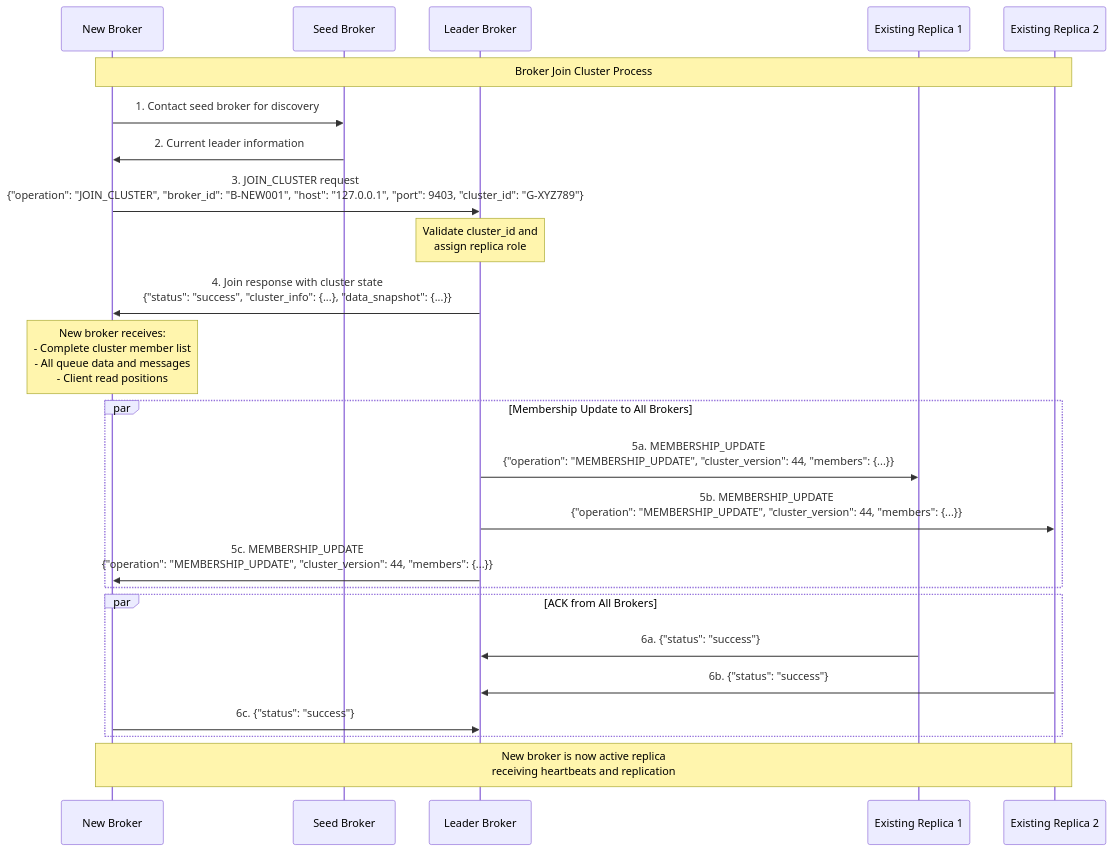
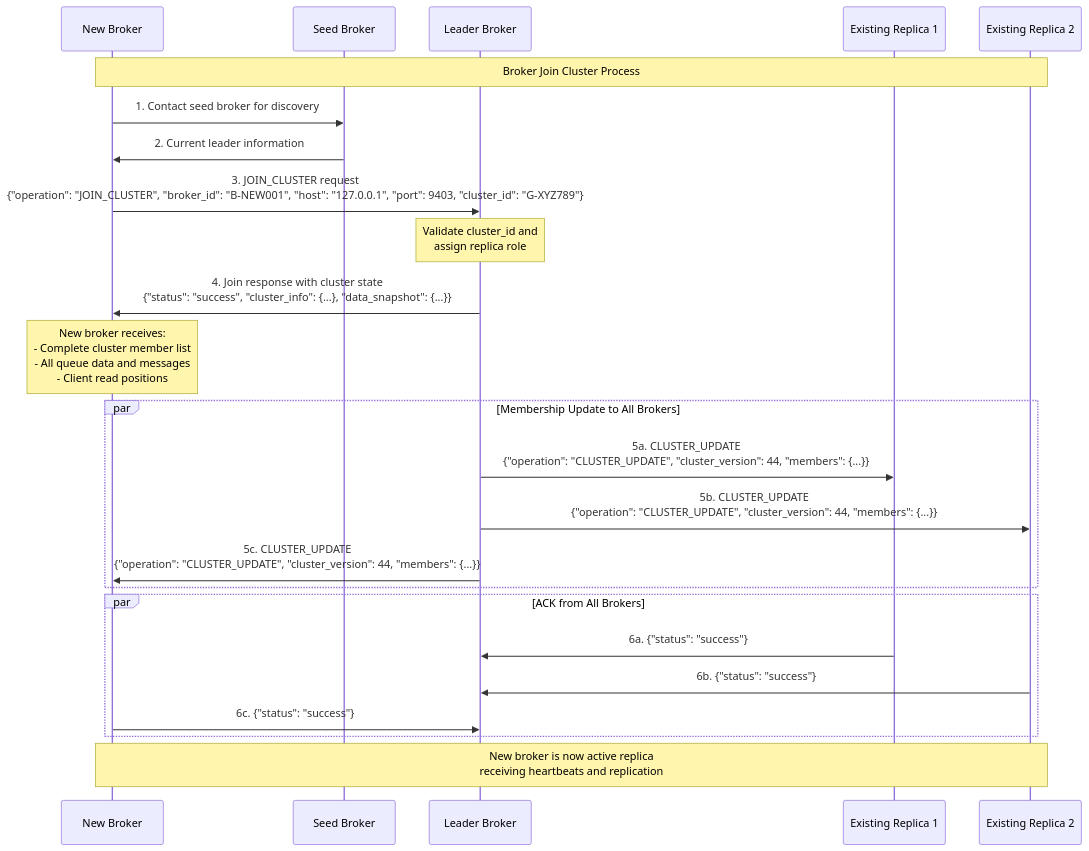
Before and after one commit to enricogrillo/Reliable-Queuing-System: the fourth of 7 diagrams in docs/SEQUENCE_DIAGRAMS.md, drawn with Mermaid. The commit also changed other lines of this file, not shown here.

Commit message:
Fix sequence diag

````diff
--- a/docs/SEQUENCE_DIAGRAMS.md
+++ b/docs/SEQUENCE_DIAGRAMS.md
@@ -142,35 +142,35 @@
 ```mermaid
 sequenceDiagram
     participant NewBroker as New Broker
     participant SeedBroker as Seed Broker
     participant Leader as Leader Broker
     participant Replica1 as Existing Replica 1
     participant Replica2 as Existing Replica 2
 
     Note over NewBroker, Replica2: Broker Join Cluster Process
 
     NewBroker->>SeedBroker: 1. Contact seed broker for discovery
     SeedBroker->>NewBroker: 2. Current leader information
     
     NewBroker->>Leader: 3. JOIN_CLUSTER request<br/>{"operation": "JOIN_CLUSTER", "broker_id": "B-NEW001", "host": "127.0.0.1", "port": 9403, "cluster_id": "G-XYZ789"}
     
     Note over Leader: Validate cluster_id and<br/>assign replica role
     
     Leader->>NewBroker: 4. Join response with cluster state<br/>{"status": "success", "cluster_info": {...}, "data_snapshot": {...}}
     
     Note over NewBroker: New broker receives:<br/>- Complete cluster member list<br/>- All queue data and messages<br/>- Client read positions
     
     par Membership Update to All Brokers
-        Leader->>Replica1: 5a. MEMBERSHIP_UPDATE<br/>{"operation": "MEMBERSHIP_UPDATE", "cluster_version": 44, "members": {...}}
-        Leader->>Replica2: 5b. MEMBERSHIP_UPDATE<br/>{"operation": "MEMBERSHIP_UPDATE", "cluster_version": 44, "members": {...}}
-        Leader->>NewBroker: 5c. MEMBERSHIP_UPDATE<br/>{"operation": "MEMBERSHIP_UPDATE", "cluster_version": 44, "members": {...}}
+        Leader->>Replica1: 5a. CLUSTER_UPDATE<br/>{"operation": "CLUSTER_UPDATE", "cluster_version": 44, "members": {...}}
+        Leader->>Replica2: 5b. CLUSTER_UPDATE<br/>{"operation": "CLUSTER_UPDATE", "cluster_version": 44, "members": {...}}
+        Leader->>NewBroker: 5c. CLUSTER_UPDATE<br/>{"operation": "CLUSTER_UPDATE", "cluster_version": 44, "members": {...}}
     end
     
     par ACK from All Brokers
         Replica1->>Leader: 6a. {"status": "success"}
         Replica2->>Leader: 6b. {"status": "success"}
         NewBroker->>Leader: 6c. {"status": "success"}
     end
     
     Note over NewBroker, Replica2: New broker is now active replica<br/>receiving heartbeats and replication
 ```
````
